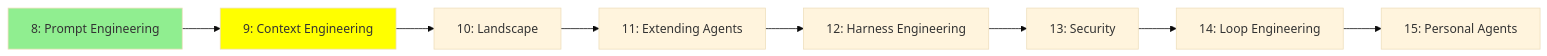
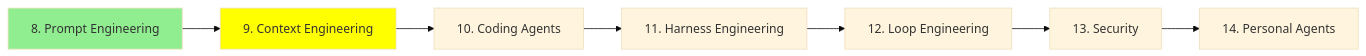
The second of 2 diagrams in mini-courses/2_intermediate/9_context_engineering.md (lokumai/ai-engineering-bazaar), drawn with Mermaid (base theme) before and after one commit. The commit also changed other lines of this file and 6 other files, not shown here.

````diff
--- a/mini-courses/2_intermediate/9_context_engineering.md
+++ b/mini-courses/2_intermediate/9_context_engineering.md
@@ -266,12 +346,11 @@
 ```mermaid
 graph LR
-    A[8: Prompt Engineering] --> B[9: Context Engineering]
-    B --> C[10: Landscape]
-    C --> D[11: Extending Agents]
-    D --> E[12: Harness Engineering]
-    E --> F[13: Security]
-    F --> G[14: Loop Engineering]
-    G --> H[15: Personal Agents]
+    A[8. Prompt Engineering] --> B[9. Context Engineering]
+    B --> C[10. Coding Agents]
+    C --> D[11. Harness Engineering]
+    D --> E[12. Loop Engineering]
+    E --> F[13. Security]
+    F --> G[14. Personal Agents]
     style A fill:#90EE90
     style B fill:#FFFF00
 ```
````
